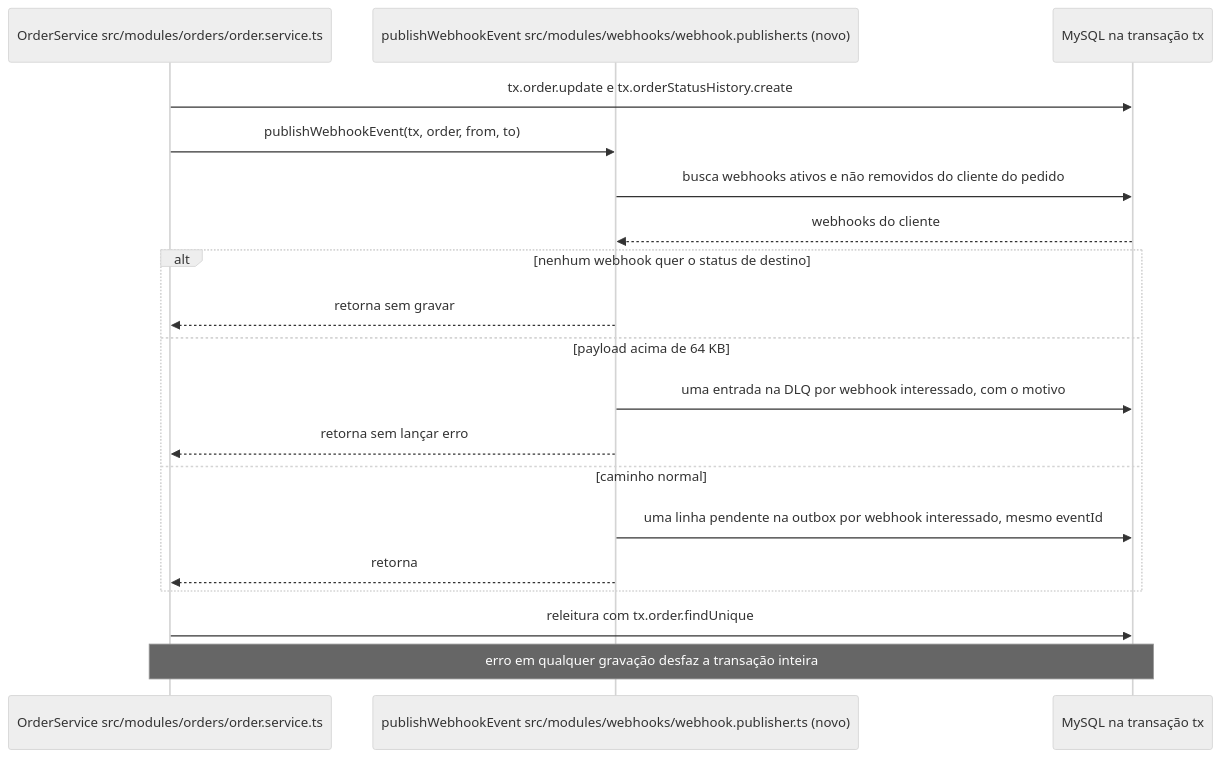
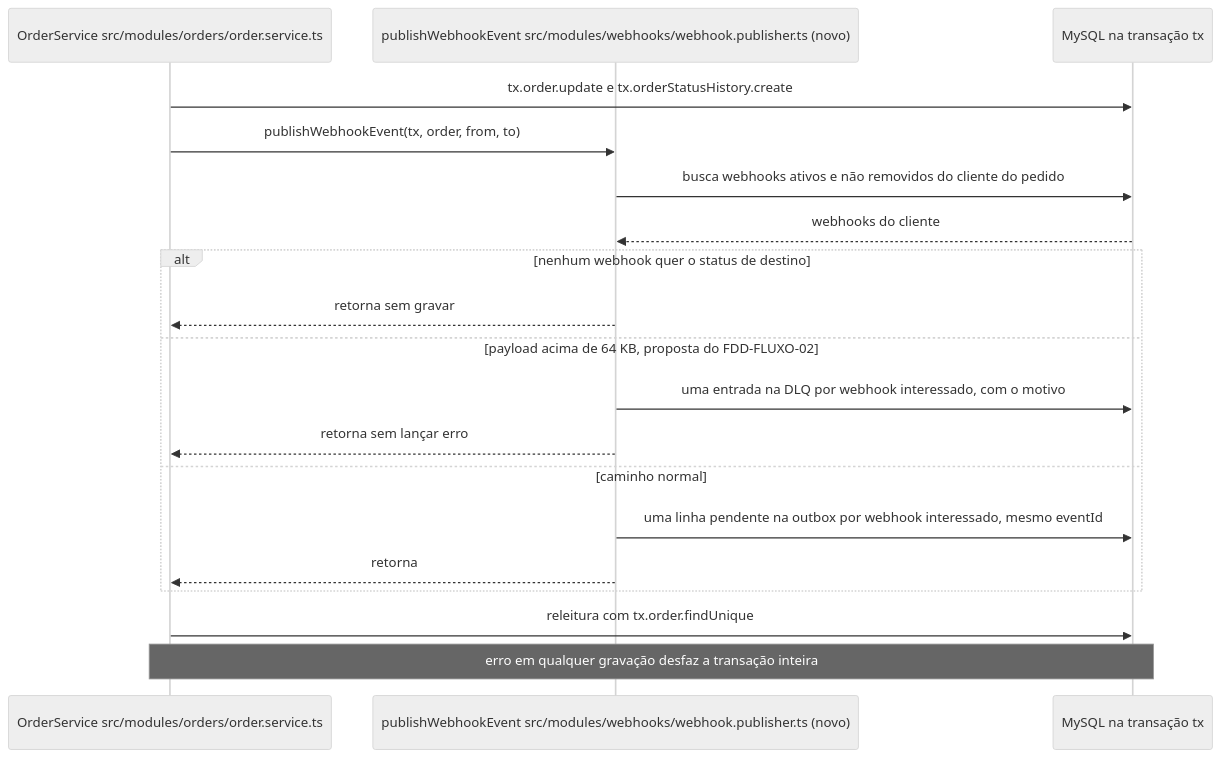
The second of 5 diagrams in docs/FDD.md (ricardosa1992/mba-ia-desafio-design-docs-com-ia), drawn with Mermaid (neutral theme) before and after one commit. The commit also changed other lines of this file and 9 other files, not shown here.

````diff
--- a/docs/FDD.md
+++ b/docs/FDD.md
@@ -281,21 +281,21 @@
 ```mermaid
 sequenceDiagram
   participant S as OrderService src/modules/orders/order.service.ts
   participant P as publishWebhookEvent src/modules/webhooks/webhook.publisher.ts (novo)
   participant DB as MySQL na transação tx
   S->>DB: tx.order.update e tx.orderStatusHistory.create
   S->>P: publishWebhookEvent(tx, order, from, to)
   P->>DB: busca webhooks ativos e não removidos do cliente do pedido
   DB-->>P: webhooks do cliente
   alt nenhum webhook quer o status de destino
     P-->>S: retorna sem gravar
-  else payload acima de 64 KB
+  else payload acima de 64 KB, proposta do FDD-FLUXO-02
     P->>DB: uma entrada na DLQ por webhook interessado, com o motivo
     P-->>S: retorna sem lançar erro
   else caminho normal
     P->>DB: uma linha pendente na outbox por webhook interessado, mesmo eventId
     P-->>S: retorna
   end
   S->>DB: releitura com tx.order.findUnique
   Note over S,DB: erro em qualquer gravação desfaz a transação inteira
 ```
````
